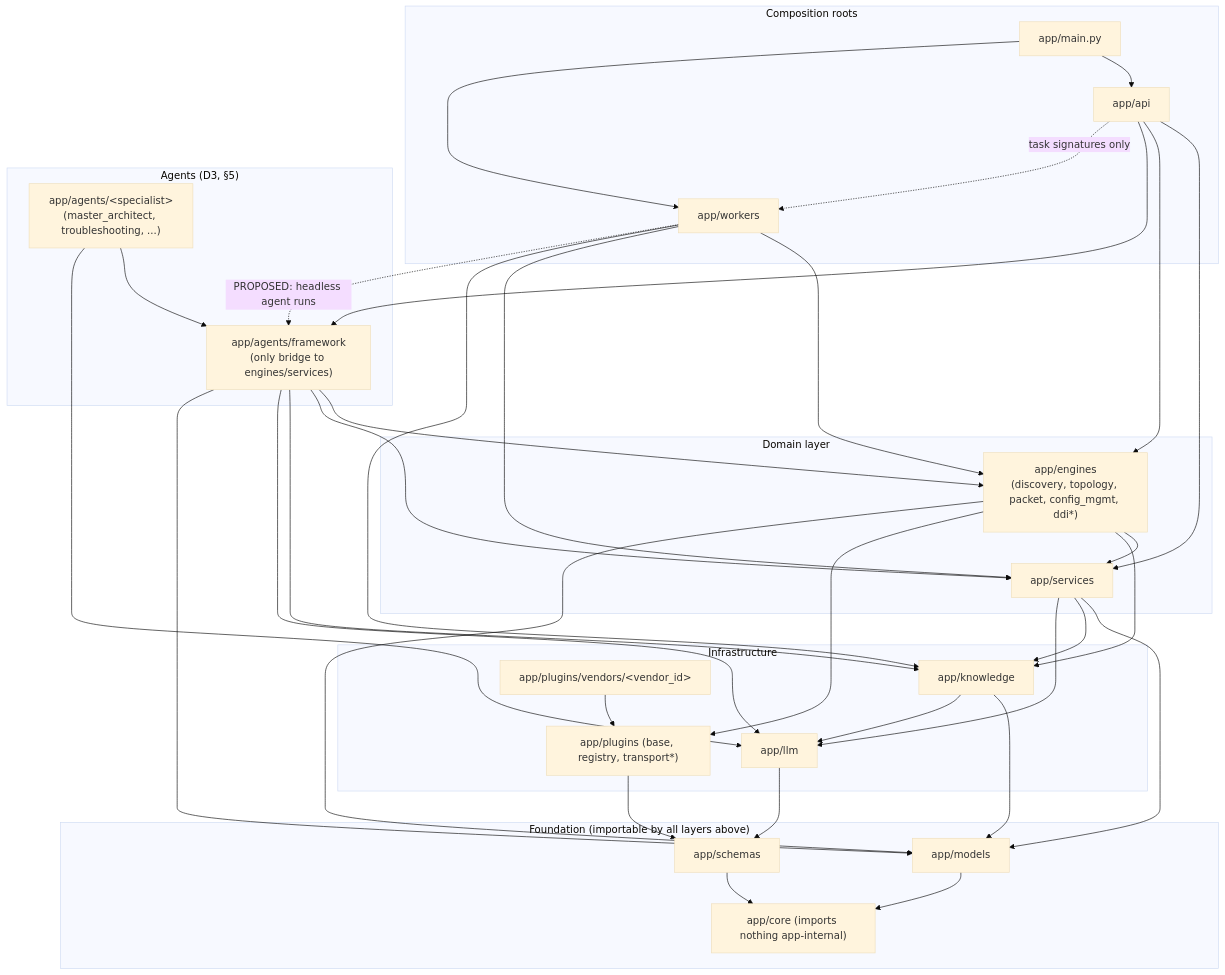
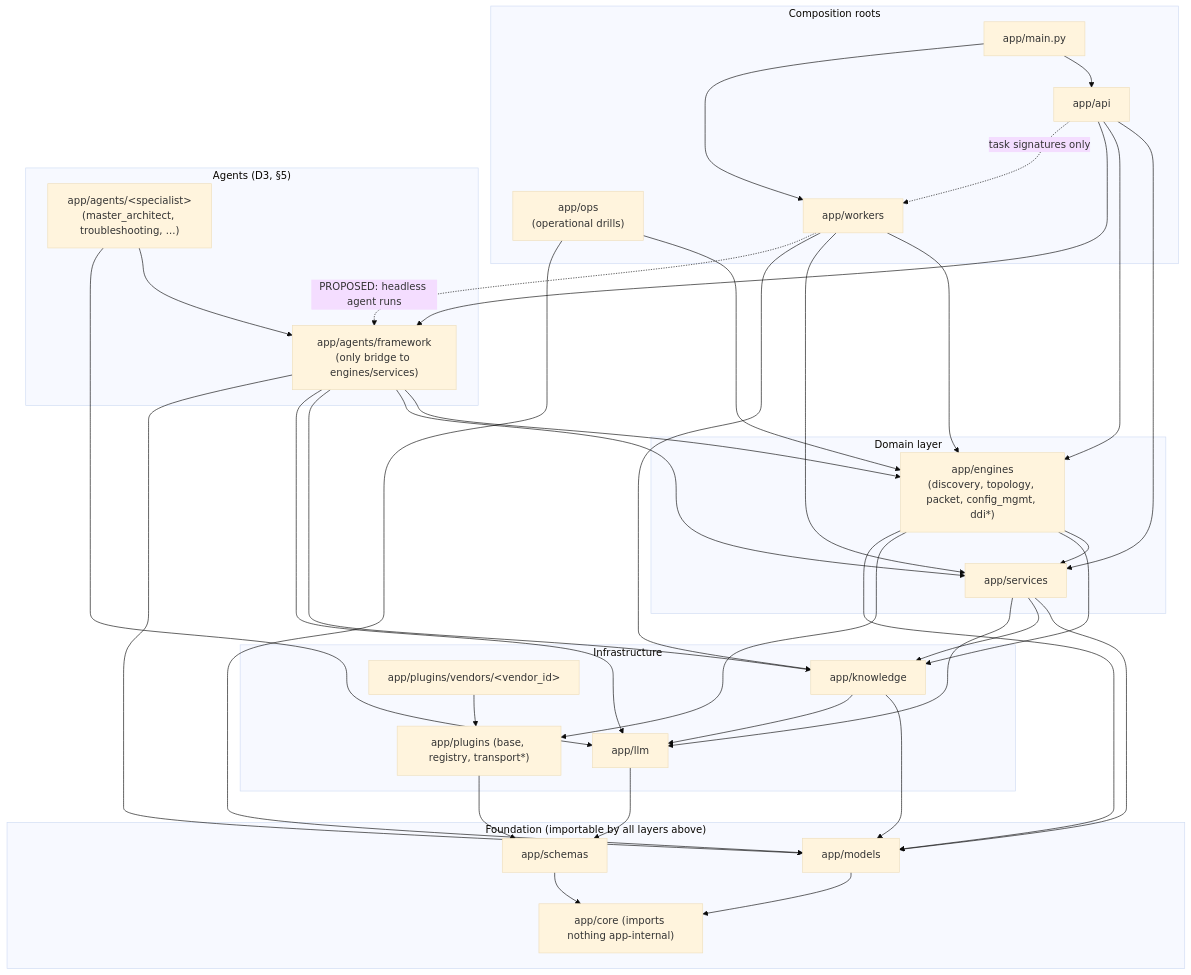
The diagram in docs/architecture/REPO-STRUCTURE.md (ilee165/network-infrastructure-ai-platform), drawn with Mermaid (base theme) before and after one commit. The commit also changed other lines of this file and 107 other files, not shown here.

````diff
--- a/docs/architecture/REPO-STRUCTURE.md
+++ b/docs/architecture/REPO-STRUCTURE.md
@@ -308,63 +315,66 @@
 ```mermaid
 graph TD
     subgraph composition ["Composition roots"]
         MAIN["app/main.py"]
+        OPS["app/ops<br/>(operational drills)"]
         API["app/api"]
         WORKERS["app/workers"]
     end
 
     subgraph agents_layer ["Agents (D3, §5)"]
         SPEC["app/agents/&lt;specialist&gt;<br/>(master_architect, troubleshooting, ...)"]
         FW["app/agents/framework<br/>(only bridge to engines/services)"]
     end
 
     subgraph domain ["Domain layer"]
         ENG["app/engines<br/>(discovery, topology, packet, config_mgmt, ddi*)"]
         SVC["app/services"]
     end
 
     subgraph infra ["Infrastructure"]
         KNOW["app/knowledge"]
         LLM["app/llm"]
         PLUGREG["app/plugins (base, registry, transport*)"]
         VEND["app/plugins/vendors/&lt;vendor_id&gt;"]
     end
 
     subgraph foundation ["Foundation (importable by all layers above)"]
         MODELS["app/models"]
         SCHEMAS["app/schemas"]
         CORE["app/core (imports nothing app-internal)"]
     end
 
     MAIN --> API
     MAIN --> WORKERS
+    OPS --> ENG
+    OPS --> MODELS
     API --> SVC
     API --> ENG
     API --> FW
     API -. "task signatures only" .-> WORKERS
     WORKERS --> ENG
     WORKERS --> SVC
     WORKERS --> KNOW
     WORKERS -. "PROPOSED: headless agent runs" .-> FW
     SPEC --> FW
     SPEC --> LLM
     FW --> ENG
     FW --> SVC
     FW --> KNOW
     FW --> LLM
     FW --> MODELS
     ENG --> SVC
     ENG --> KNOW
     ENG --> PLUGREG
     ENG --> MODELS
     SVC --> MODELS
     SVC --> KNOW
     SVC --> LLM
     KNOW --> MODELS
     KNOW --> LLM
     VEND --> PLUGREG
     LLM --> SCHEMAS
     PLUGREG --> SCHEMAS
     MODELS --> CORE
     SCHEMAS --> CORE
 ```
````
